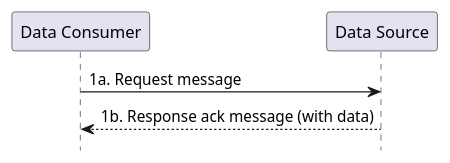
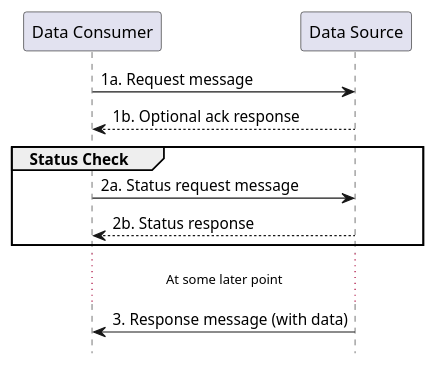
The diagram in input/images-source/message-async.plantuml (HL7/davinci-ehrx), drawn with PlantUML before and after one commit. The commit also changed 1 other file, not shown here.

Commit message:
https://jira.hl7.org/browse/FHIR-28370 - updated async diagram

```diff
--- a/input/images-source/message-async.plantuml
+++ b/input/images-source/message-async.plantuml
@@ -1,7 +1,17 @@
 @startuml
 hide footbox
 participant "Data Consumer" as Consumer
 participant "Data Source" as Source
+
 Consumer -> Source: 1a. Request message
-Consumer <-- Source: 1b. Response ack message (with data)
+Consumer <-- Source: 1b. Optional ack response
+
+group Status Check
+Consumer -> Source: 2a. Status request message
+Consumer <-- Source: 2b. Status response
+end
+
+...At some later point...
+
+Consumer <- Source: 3. Response message (with data)
 @enduml
```
